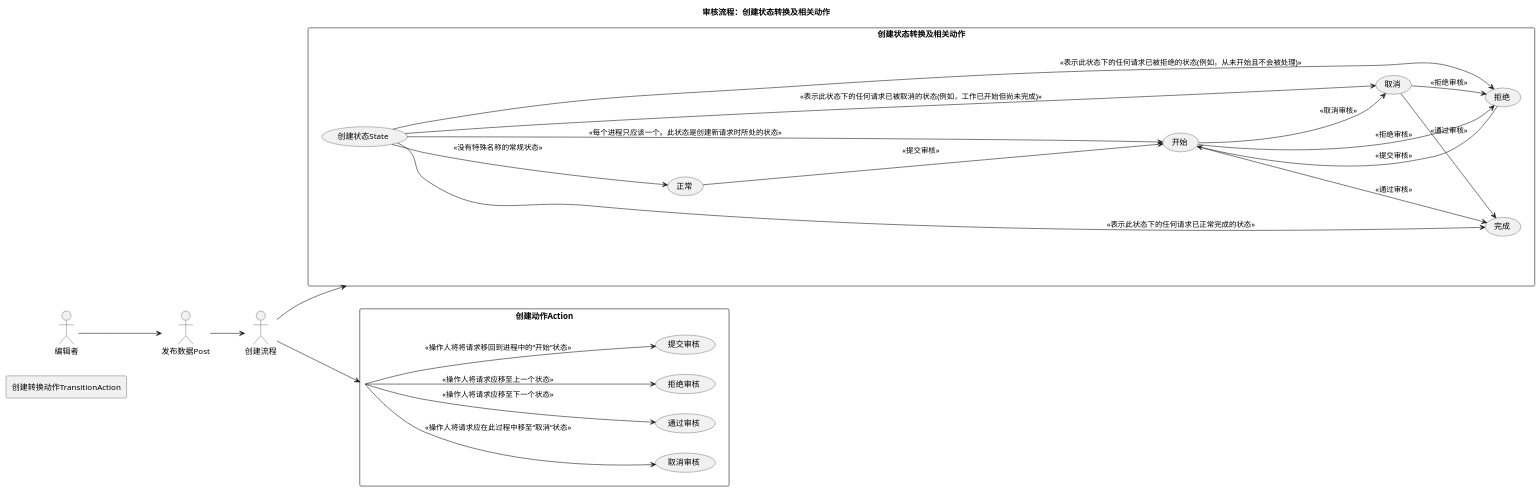
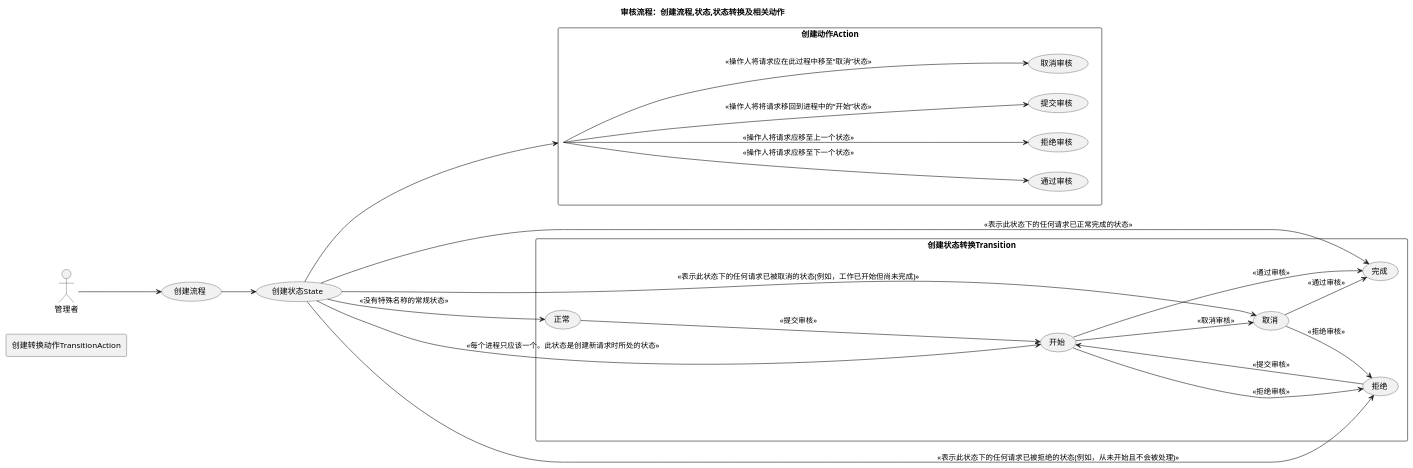
One commit to bukun/TorCMS changed the diagram in doc/workflow/process_create.puml. Above: the diagram before and after it, drawn with PlantUML. The commit also changed 1 other file, not shown here.

```diff
--- a/doc/workflow/process_create.puml
+++ b/doc/workflow/process_create.puml
@@ -1,41 +1,40 @@
 @startuml
 'https://plantuml.com/sequence-diagram
 !pragma teoz true
 
 
-title 审核流程：创建状态转换及相关动作
+title 审核流程：创建流程,状态,状态转换及相关动作
 left to right direction
 
 
-编辑者 --> 发布数据Post
-发布数据Post --> 创建流程
-创建流程 --> (创建状态转换及相关动作)
-创建流程 --> (创建动作Action)
+管理者 --> (创建流程)
+创建流程 --> (创建状态State)
+创建状态State --> (创建动作Action)
 
-rectangle 创建状态转换及相关动作{
+rectangle 创建状态转换Transition{
     (创建状态State) --> (正常):<<没有特殊名称的常规状态>>
     (创建状态State) --> (开始):<<每个进程只应该一个。此状态是创建新请求时所处的状态>>
     (创建状态State) --> (完成):<<表示此状态下的任何请求已正常完成的状态>>
     (创建状态State) --> (取消):<<表示此状态下的任何请求已被取消的状态(例如，工作已开始但尚未完成)>>
     (创建状态State) --> (拒绝):<<表示此状态下的任何请求已被拒绝的状态(例如，从未开始且不会被处理)>>
 }
 
 rectangle 创建动作Action{
     (创建动作Action) --> (提交审核):<<操作人将将请求移回到进程中的“开始”状态>>
     (创建动作Action) --> (取消审核):<<操作人将请求应在此过程中移至“取消”状态>>
     (创建动作Action) --> (通过审核):<<操作人将请求应移至下一个状态>>
     (创建动作Action) --> (拒绝审核):<<操作人将请求应移至上一个状态>>
 }
 rectangle 创建转换动作TransitionAction{
     (正常) --> (开始):<<提交审核>>
     (开始) --> (取消):<<取消审核>>
     (开始) --> (拒绝):<<拒绝审核>>
     (开始) --> (完成):<<通过审核>>
     (取消) --> (拒绝):<<拒绝审核>>
     (取消) --> (完成):<<通过审核>>
     (拒绝) --> (开始):<<提交审核>>
 }
 
 
 
 @enduml
```
